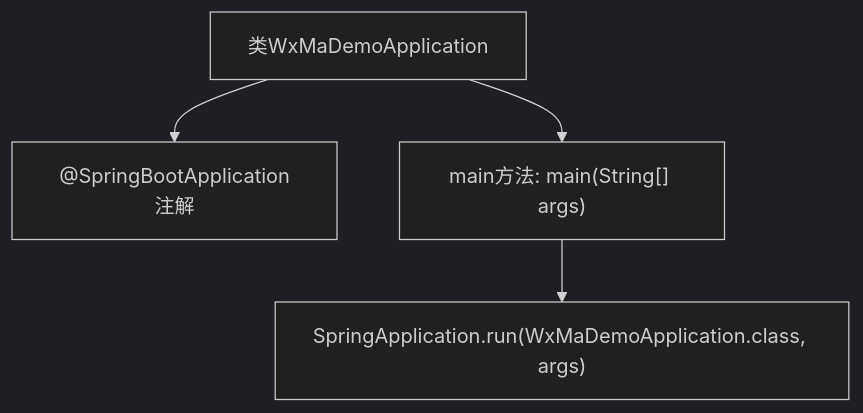
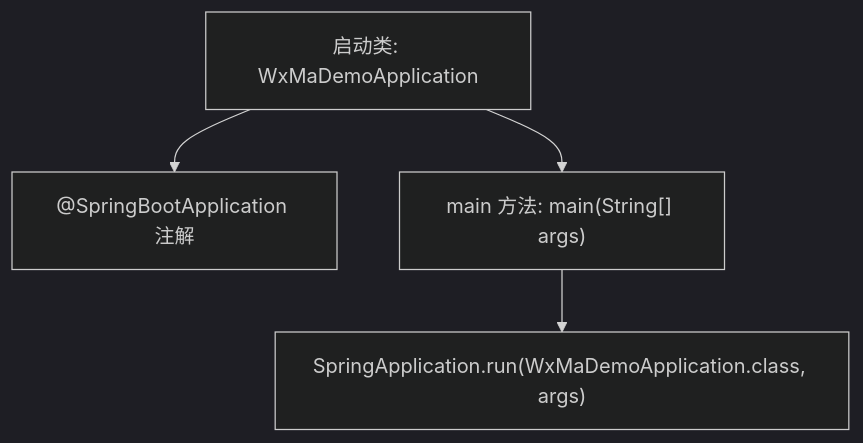
The second of 2 diagrams in docs/zh/docs/src/main/java/com/github/binarywang/demo/wx/miniapp/WxMaDemoApplication.md (v-wjrong/binary_weixin-java-miniapp-demo), drawn with Mermaid (dark theme) before and after one commit. The commit also changed other lines of this file and 47 other files, not shown here.

````diff
--- a/docs/zh/docs/src/main/java/com/github/binarywang/demo/wx/miniapp/WxMaDemoApplication.md
+++ b/docs/zh/docs/src/main/java/com/github/binarywang/demo/wx/miniapp/WxMaDemoApplication.md
@@ -54,11 +54,11 @@
 ```mermaid
 graph TD
-    A["类WxMaDemoApplication"]
-    B["@SpringBootApplication注解"]
-    C["main方法: main(String[] args)"]
+    A["启动类: WxMaDemoApplication"]
+    B["@SpringBootApplication 注解"]
+    C["main 方法: main(String[] args)"]
     D["SpringApplication.run(WxMaDemoApplication.class, args)"]
 
     A --> B
     A --> C
     C --> D
 ```
````
